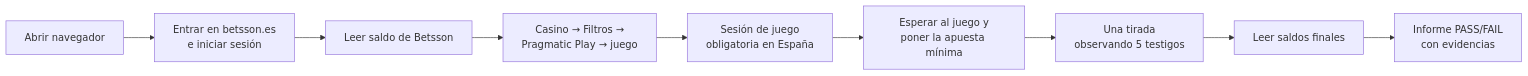
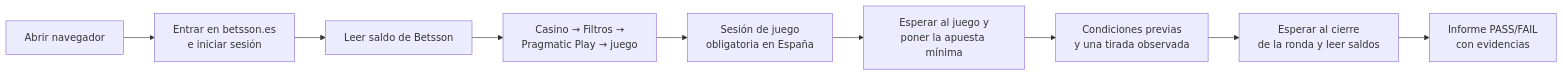
The diagram in README.md (EscuadronMCP/BetssonEscuadronMCP), drawn with Mermaid before and after one commit. The commit also changed other lines of this file, not shown here.

````diff
--- a/README.md
+++ b/README.md
@@ -80,11 +141,11 @@
 ```mermaid
 flowchart LR
     A[Abrir navegador] --> B[Entrar en betsson.es<br/>e iniciar sesión]
     B --> C[Leer saldo de Betsson]
     C --> D[Casino → Filtros →<br/>Pragmatic Play → juego]
     D --> E[Sesión de juego<br/>obligatoria en España]
     E --> F[Esperar al juego y<br/>poner la apuesta mínima]
-    F --> G[Una tirada<br/>observando 5 testigos]
-    G --> H[Leer saldos finales]
+    F --> G[Condiciones previas<br/>y una tirada observada]
+    G --> H[Esperar al cierre<br/>de la ronda y leer saldos]
     H --> I[Informe PASS/FAIL<br/>con evidencias]
 ```
````
